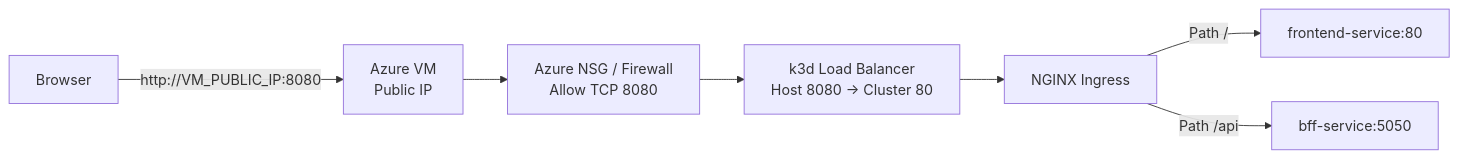
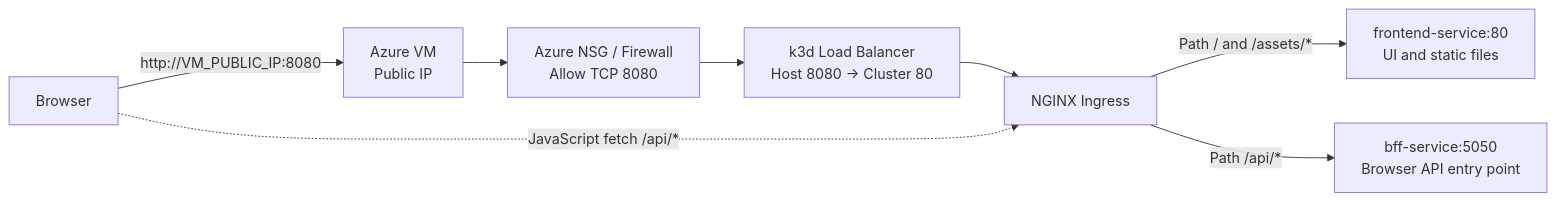
Before and after one commit to ravinmuthukumarane/cloud_computing_group_cw: the third of 15 diagrams in Docs/kubernetes-mermaid-diagrams.md, drawn with Mermaid. The commit also changed other lines of this file and 8 other files, not shown here.

````diff
--- a/Docs/kubernetes-mermaid-diagrams.md
+++ b/Docs/kubernetes-mermaid-diagrams.md
@@ -106,17 +107,18 @@
 ```mermaid
 flowchart LR
     browser[Browser]
     vm[Azure VM<br/>Public IP]
     firewall[Azure NSG / Firewall<br/>Allow TCP 8080]
     k3dlb[k3d Load Balancer<br/>Host 8080 -> Cluster 80]
     nginx[NGINX Ingress]
-    frontend[frontend-service:80]
-    bff[bff-service:5050]
+    frontend[frontend-service:80<br/>UI and static files]
+    bff[bff-service:5050<br/>Browser API entry point]
 
     browser -->|http://VM_PUBLIC_IP:8080| vm
     vm --> firewall
     firewall --> k3dlb
     k3dlb --> nginx
-    nginx -->|Path /| frontend
-    nginx -->|Path /api| bff
+    nginx -->|Path / and /assets/*| frontend
+    browser -. JavaScript fetch /api/* .-> nginx
+    nginx -->|Path /api/*| bff
 ```
````
